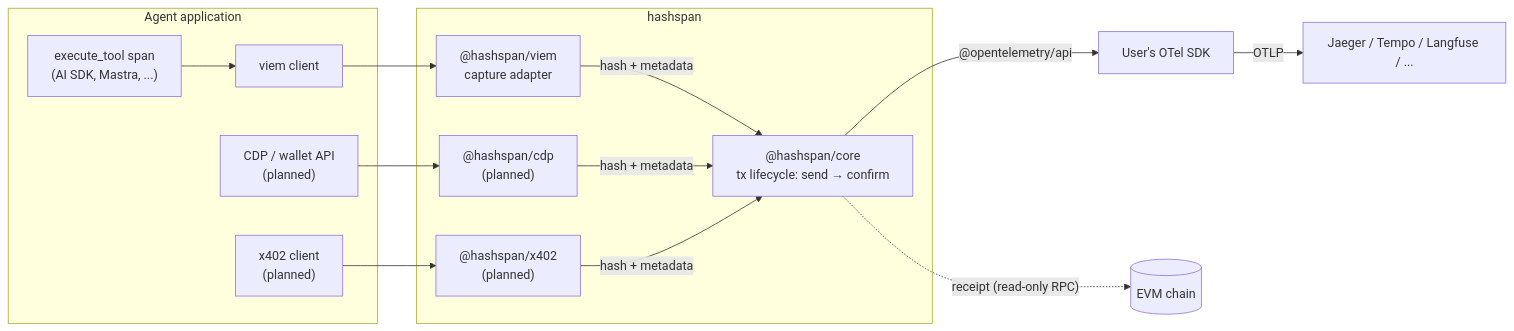
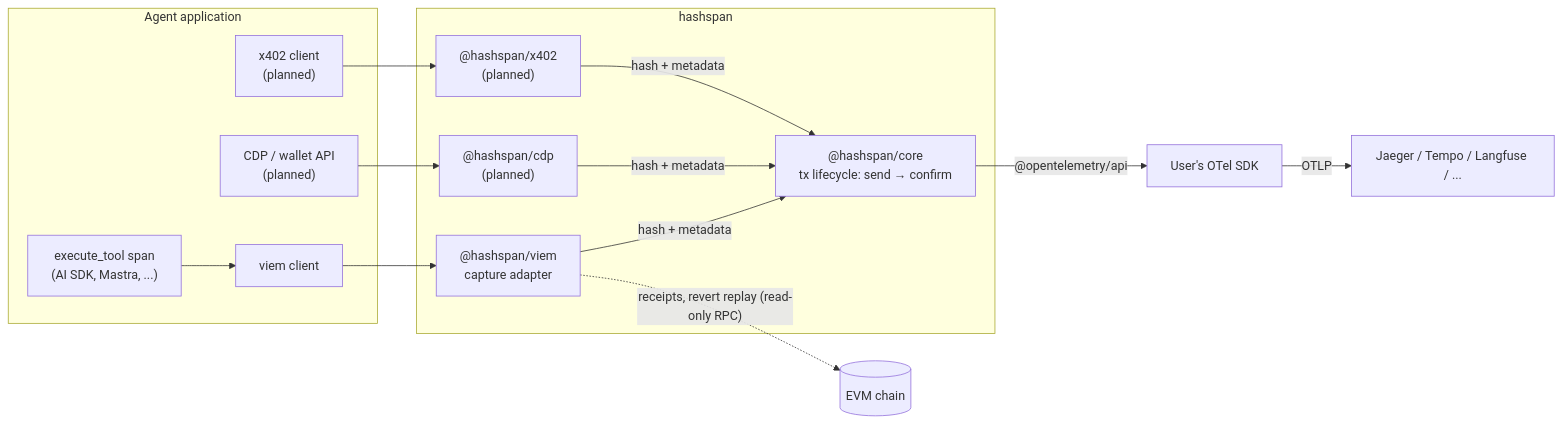
The diagram in docs/architecture.md (selimaytac/hashspan), drawn with Mermaid before and after one commit. The commit also changed other lines of this file and 3 other files, not shown here.

First line of the commit message:
docs: align architecture, semconv and roadmap with the code (#23)

````diff
--- a/docs/architecture.md
+++ b/docs/architecture.md
@@ -3,21 +3,21 @@
 ```mermaid
 flowchart LR
   subgraph App["Agent application"]
     Tool["execute_tool span<br/>(AI SDK, Mastra, ...)"]
     Viem["viem client"]
     CDP["CDP / wallet API<br/>(planned)"]
     X402["x402 client<br/>(planned)"]
   end
   subgraph Lib["hashspan"]
     VA["@hashspan/viem<br/>capture adapter"]
     CA["@hashspan/cdp<br/>(planned)"]
     XA["@hashspan/x402<br/>(planned)"]
     Core["@hashspan/core<br/>tx lifecycle: send → confirm"]
   end
   Tool --> Viem --> VA
   CDP --> CA
   X402 --> XA
   VA & CA & XA -- "hash + metadata" --> Core
   Core -- "@opentelemetry/api" --> SDK["User's OTel SDK"] -- OTLP --> BE["Jaeger / Tempo / Langfuse / ..."]
-  Core -. "receipt (read-only RPC)" .-> Chain[("EVM chain")]
+  VA -. "receipts, revert replay (read-only RPC)" .-> Chain[("EVM chain")]
 ```
````
